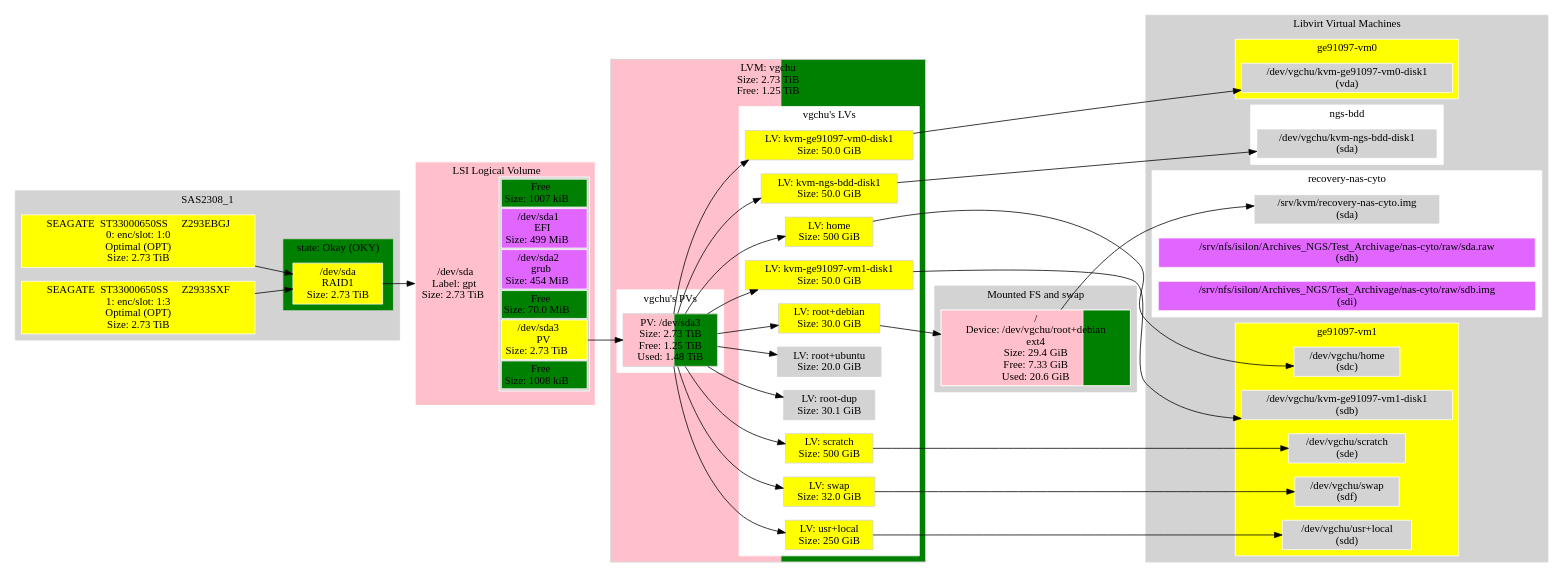
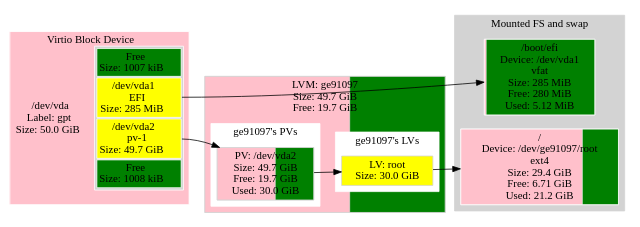
One commit to metacpan/metacpan-cpan-extracted changed the diagram in distros/S/StorageDisplay/data/ge91097.ref.dot. Above: the diagram before and after it, drawn with Graphviz. The commit also changed 2801 other files, not shown here.

```diff
--- a/distros/S/StorageDisplay/data/ge91097.ref.dot
+++ b/distros/S/StorageDisplay/data/ge91097.ref.dot
@@ -1,8 +1,8 @@
 digraph "machine"{
 	rankdir=LR;
-	{ "@Part: sda" [
+	{ "@Part: vda" [
 		label=<<TABLE BORDER="0" CELLPADDING="0" CELLSPACING="0">
-				<TR> <TD COLSPAN="2">LSI Logical Volume</TD> </TR><TR><TD >/dev/sda<BR/>Label: gpt<BR/>Size: 2.73 TiB</TD>    <TD BGCOLOR="lightgrey">
+				<TR> <TD COLSPAN="2">Virtio Block Device</TD> </TR><TR><TD >/dev/vda<BR/>Label: gpt<BR/>Size: 50.0 GiB</TD>    <TD BGCOLOR="lightgrey">
 				<TABLE >
 					<TR>
 						<TD bgcolor="green">
@@ -10,23 +10,13 @@
 						</TD>
 					</TR>
 					<TR>
-						<TD PORT="1" BGCOLOR="mediumorchid1">
-						/dev/sda1<BR/>EFI<BR/>Size: 499 MiB
+						<TD PORT="1" BGCOLOR="yellow">
+						/dev/vda1<BR/>EFI<BR/>Size: 285 MiB
 						</TD>
 					</TR>
 					<TR>
-						<TD PORT="2" BGCOLOR="mediumorchid1">
-						/dev/sda2<BR/>grub<BR/>Size: 454 MiB
-						</TD>
-					</TR>
-					<TR>
-						<TD bgcolor="green">
-						Free<BR/>Size: 70.0 MiB
-						</TD>
-					</TR>
-					<TR>
-						<TD PORT="3" BGCOLOR="yellow">
-						/dev/sda3<BR/>PV<BR/>Size: 2.73 TiB
+						<TD PORT="2" BGCOLOR="yellow">
+						/dev/vda2<BR/>pv-1<BR/>Size: 49.7 GiB
 						</TD>
 					</TR>
 					<TR>
@@ -43,93 +33,33 @@
 		fillcolor=lightgrey;
 		shape="rectangle";
 		style=striped;
-		fillcolor="green;0.000000:pink;0.000174:pink;0.000159:green;0.000024:pink;0.999642:green;0.000000";
+		fillcolor="green;0.000019:pink;0.005566:pink;0.994395:green;0.000019";
 	]; }
-	subgraph "cluster_vgchu" {
+	subgraph "cluster_ge91097" {
 		style=filled;
 		color=lightgrey;
 		fillcolor=lightgrey;
 		node [style=filled,color=lightgrey,fillcolor=lightgrey,shape=rectangle];
-		subgraph "cluster_vgchu@PV" {
+		subgraph "cluster_ge91097@PV" {
 			color=white;
 			fillcolor=white;
-			{ "LVM@vgchu@PV@sda3" [
-				label="PV: /dev/sda3\nSize: 2.73 TiB\nFree: 1.25 TiB\nUsed: 1.48 TiB";
-				style=striped;fillcolor="pink;0.541404.2:green"
+			{ "LVM@ge91097@PV@vda2" [
+				label="PV: /dev/vda2\nSize: 49.7 GiB\nFree: 19.7 GiB\nUsed: 30.0 GiB";
+				style=striped;fillcolor="pink;0.603394.2:green"
 			]; }
-			label="vgchu's PVs";
+			label="ge91097's PVs";
 		}
-		subgraph "cluster_vgchu@LV" {
+		subgraph "cluster_ge91097@LV" {
 			color=white;
 			fillcolor=white;
-			{ "dm-6" [
-				label="LV: home\nSize: 500 GiB";
+			{ "dm-0" [
+				label="LV: root\nSize: 30.0 GiB";
 				fillcolor="yellow"
 			]; }
-			{ "dm-11" [
-				label="LV: kvm-ge91097-vm0-disk1\nSize: 50.0 GiB";
-				fillcolor="yellow"
-			]; }
-			{ "dm-10" [
-				label="LV: kvm-ge91097-vm1-disk1\nSize: 50.0 GiB";
-				fillcolor="yellow"
-			]; }
-			{ "dm-9" [
-				label="LV: kvm-ngs-bdd-disk1\nSize: 50.0 GiB";
-				fillcolor="yellow"
-			]; }
-			{ "dm-1" [
-				label="LV: root+debian\nSize: 30.0 GiB";
-				fillcolor="yellow"
-			]; }
-			{ "dm-4" [
-				label="LV: root+ubuntu\nSize: 20.0 GiB";
-				fillcolor="lightgrey"
-			]; }
-			{ "dm-3" [
-				label="LV: root-dup\nSize: 30.1 GiB";
-				fillcolor="lightgrey"
-			]; }
-			{ "dm-7" [
-				label="LV: scratch\nSize: 500 GiB";
-				fillcolor="yellow"
-			]; }
-			{ "dm-8" [
-				label="LV: swap\nSize: 32.0 GiB";
-				fillcolor="yellow"
-			]; }
-			{ "dm-5" [
-				label="LV: usr+local\nSize: 250 GiB";
-				fillcolor="yellow"
-			]; }
-			label="vgchu's LVs";
+			label="ge91097's LVs";
 		}
-		label="LVM: vgchu\nSize: 2.73 TiB\nFree: 1.25 TiB";
-		style=striped;fillcolor="pink;0.541404.2:green"
-	}
-	subgraph "cluster_@LSISASIrcu@0" {
-		style=filled;
-		color=lightgrey;
-		fillcolor=lightgrey;
-		node [style=filled,color=white,fillcolor=lightgrey,shape=rectangle];
-		{ "@LSISASIrcu@0@dev@LSISASIrcu@1:0" [
-			label="SEAGATE  ST33000650SS     Z293EBGJ\n0: enc/slot: 1:0\nOptimal (OPT)\nSize: 2.73 TiB";
-			fillcolor=yellow
-		]; }
-		{ "@LSISASIrcu@0@dev@LSISASIrcu@1:3" [
-			label="SEAGATE  ST33000650SS     Z2933SXF\n1: enc/slot: 1:3\nOptimal (OPT)\nSize: 2.73 TiB";
-			fillcolor=yellow
-		]; }
-		subgraph "cluster_1@@state" {
-			{ "1" [
-				label="/dev/sda\nRAID1\nSize: 2.73 TiB";
-				fillcolor="yellow"
-			]; }
-			label="state: Okay (OKY)";
-			shape=oval
-			fillcolor=green
-		}
-		label="SAS2308_1";
+		label="LVM: ge91097\nSize: 49.7 GiB\nFree: 19.7 GiB";
+		style=striped;fillcolor="pink;0.603394.2:green"
 	}
 	subgraph "cluster_@FS" {
 		style=filled;
@@ -137,8 +67,12 @@
 		fillcolor=lightgrey;
 		node [style=filled,color=white,fillcolor=lightgrey,shape=rectangle];
 		{ "@FS@/" [
-			label="/\nDevice: /dev/vgchu/root+debian\next4\nSize: 29.4 GiB\nFree: 7.33 GiB\nUsed: 20.6 GiB";
-			style=striped;fillcolor="pink;0.750761.2:green"
+			label="/\nDevice: /dev/ge91097/root\next4\nSize: 29.4 GiB\nFree: 6.71 GiB\nUsed: 21.2 GiB";
+			style=striped;fillcolor="pink;0.771782.2:green"
+		]; }
+		{ "@FS@/boot/efi" [
+			label="/boot/efi\nDevice: /dev/vda1\nvfat\nSize: 285 MiB\nFree: 280 MiB\nUsed: 5.12 MiB";
+			style=striped;fillcolor="pink;0.017993.2:green"
 		]; }
 		label="Mounted FS and swap";
 	}
@@ -147,96 +81,14 @@
 		color=lightgrey;
 		fillcolor=lightgrey;
 		node [style=filled,color=white,fillcolor=lightgrey,shape=rectangle];
-		subgraph "cluster_@libvirt@ge91097-vm0" {
-			color=white;
-			fillcolor=white;
-			{ "@libvirt@ge91097-vm0@dm-11" [
-				label="/dev/vgchu/kvm-ge91097-vm0-disk1\n(vda)";
-			]; }
-			label="ge91097-vm0";
-			fillcolor=yellow
-		}
-		subgraph "cluster_@libvirt@ge91097-vm1" {
-			color=white;
-			fillcolor=white;
-			{ "@libvirt@ge91097-vm1@dm-6" [
-				label="/dev/vgchu/home\n(sdc)";
-			]; }
-			{ "@libvirt@ge91097-vm1@dm-10" [
-				label="/dev/vgchu/kvm-ge91097-vm1-disk1\n(sdb)";
-			]; }
-			{ "@libvirt@ge91097-vm1@dm-7" [
-				label="/dev/vgchu/scratch\n(sde)";
-			]; }
-			{ "@libvirt@ge91097-vm1@dm-8" [
-				label="/dev/vgchu/swap\n(sdf)";
-			]; }
-			{ "@libvirt@ge91097-vm1@dm-5" [
-				label="/dev/vgchu/usr+local\n(sdd)";
-			]; }
-			label="ge91097-vm1";
-			fillcolor=yellow
-		}
-		subgraph "cluster_@libvirt@ngs-bdd" {
-			color=white;
-			fillcolor=white;
-			{ "@libvirt@ngs-bdd@dm-9" [
-				label="/dev/vgchu/kvm-ngs-bdd-disk1\n(sda)";
-			]; }
-			label="ngs-bdd";
-		}
-		subgraph "cluster_@libvirt@recovery-nas-cyto" {
-			color=white;
-			fillcolor=white;
-			{ "@libvirt@recovery-nas-cyto@/srv/kvm/recovery-nas-cyto.img" [
-				label="/srv/kvm/recovery-nas-cyto.img\n(sda)";
-			]; }
-			{ "@libvirt@recovery-nas-cyto@/srv/nfs/isilon/Archives_NGS/Test_Archivage/nas-cyto/raw/sda.raw" [
-				label="/srv/nfs/isilon/Archives_NGS/Test_Archivage/nas-cyto/raw/sda.raw\n(sdh)";
-				fillcolor=mediumorchid1
-			]; }
-			{ "@libvirt@recovery-nas-cyto@/srv/nfs/isilon/Archives_NGS/Test_Archivage/nas-cyto/raw/sdb.img" [
-				label="/srv/nfs/isilon/Archives_NGS/Test_Archivage/nas-cyto/raw/sdb.img\n(sdi)";
-				fillcolor=mediumorchid1
-			]; }
-			label="recovery-nas-cyto";
-		}
 		label="Libvirt Virtual Machines";
 	}
-	// Links from LVM VG: vgchu
-	"LVM@vgchu@PV@sda3" -> "dm-6"
-	"LVM@vgchu@PV@sda3" -> "dm-11"
-	"LVM@vgchu@PV@sda3" -> "dm-10"
-	"LVM@vgchu@PV@sda3" -> "dm-9"
-	"LVM@vgchu@PV@sda3" -> "dm-1"
-	"LVM@vgchu@PV@sda3" -> "dm-4"
-	"LVM@vgchu@PV@sda3" -> "dm-3"
-	"LVM@vgchu@PV@sda3" -> "dm-7"
-	"LVM@vgchu@PV@sda3" -> "dm-8"
-	"LVM@vgchu@PV@sda3" -> "dm-5"
-	// Links from MegaCli: Controller 0
-	"@LSISASIrcu@0@dev@LSISASIrcu@1:0" -> "1"
-	"@LSISASIrcu@0@dev@LSISASIrcu@1:3" -> "1"
-	// Links for @Part: sda
-	"1" -> "@Part: sda"
-	// Links for LVM@vgchu@PV@sda3
-	"@Part: sda":"3" -> "LVM@vgchu@PV@sda3"
+	// Links from LVM VG: ge91097
+	"LVM@ge91097@PV@vda2" -> "dm-0"
+	// Links for LVM@ge91097@PV@vda2
+	"@Part: vda":"2" -> "LVM@ge91097@PV@vda2"
 	// Links for @FS@/
-	"dm-1" -> "@FS@/"
-	// Links for @libvirt@ge91097-vm0@dm-11
-	"dm-11" -> "@libvirt@ge91097-vm0@dm-11"
-	// Links for @libvirt@ge91097-vm1@dm-6
-	"dm-6" -> "@libvirt@ge91097-vm1@dm-6"
-	// Links for @libvirt@ge91097-vm1@dm-10
-	"dm-10" -> "@libvirt@ge91097-vm1@dm-10"
-	// Links for @libvirt@ge91097-vm1@dm-7
-	"dm-7" -> "@libvirt@ge91097-vm1@dm-7"
-	// Links for @libvirt@ge91097-vm1@dm-8
-	"dm-8" -> "@libvirt@ge91097-vm1@dm-8"
-	// Links for @libvirt@ge91097-vm1@dm-5
-	"dm-5" -> "@libvirt@ge91097-vm1@dm-5"
-	// Links for @libvirt@ngs-bdd@dm-9
-	"dm-9" -> "@libvirt@ngs-bdd@dm-9"
-	// Links for @libvirt@recovery-nas-cyto@/srv/kvm/recovery-nas-cyto.img
-	"@FS@/" -> "@libvirt@recovery-nas-cyto@/srv/kvm/recovery-nas-cyto.img"
+	"dm-0" -> "@FS@/"
+	// Links for @FS@/boot/efi
+	"@Part: vda":"1" -> "@FS@/boot/efi"
 }
```
